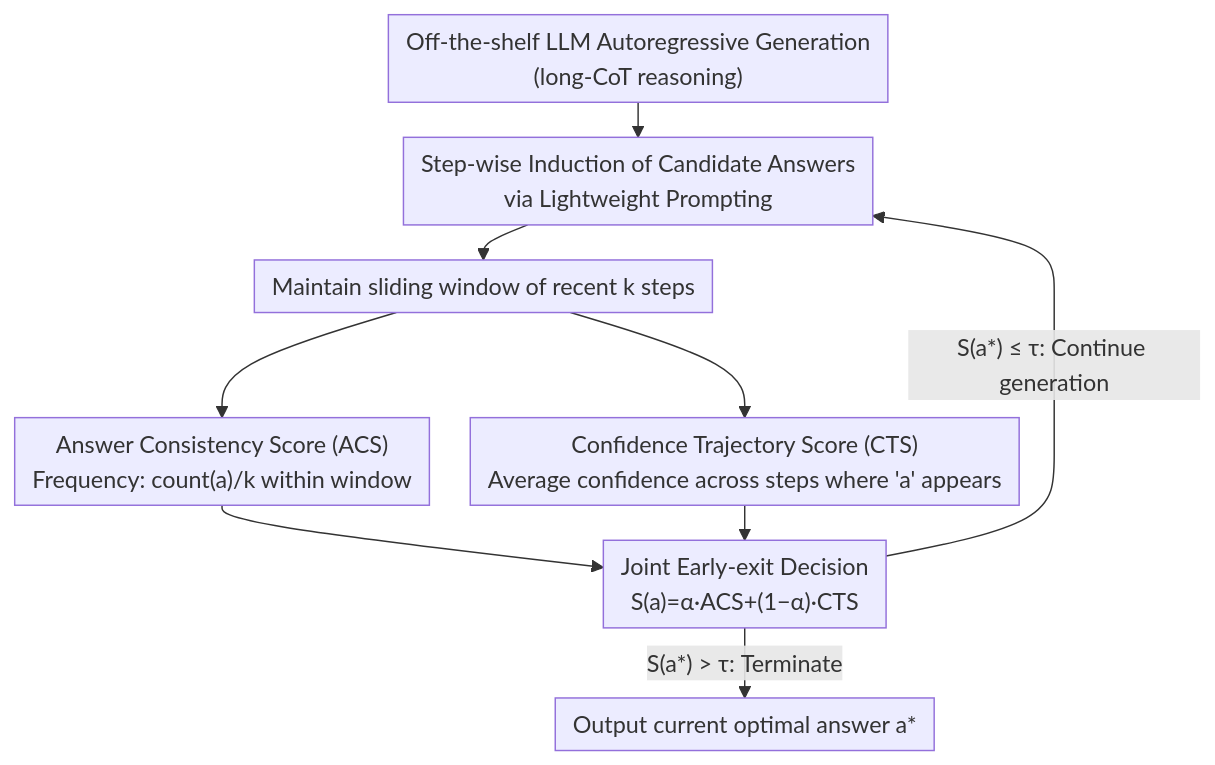
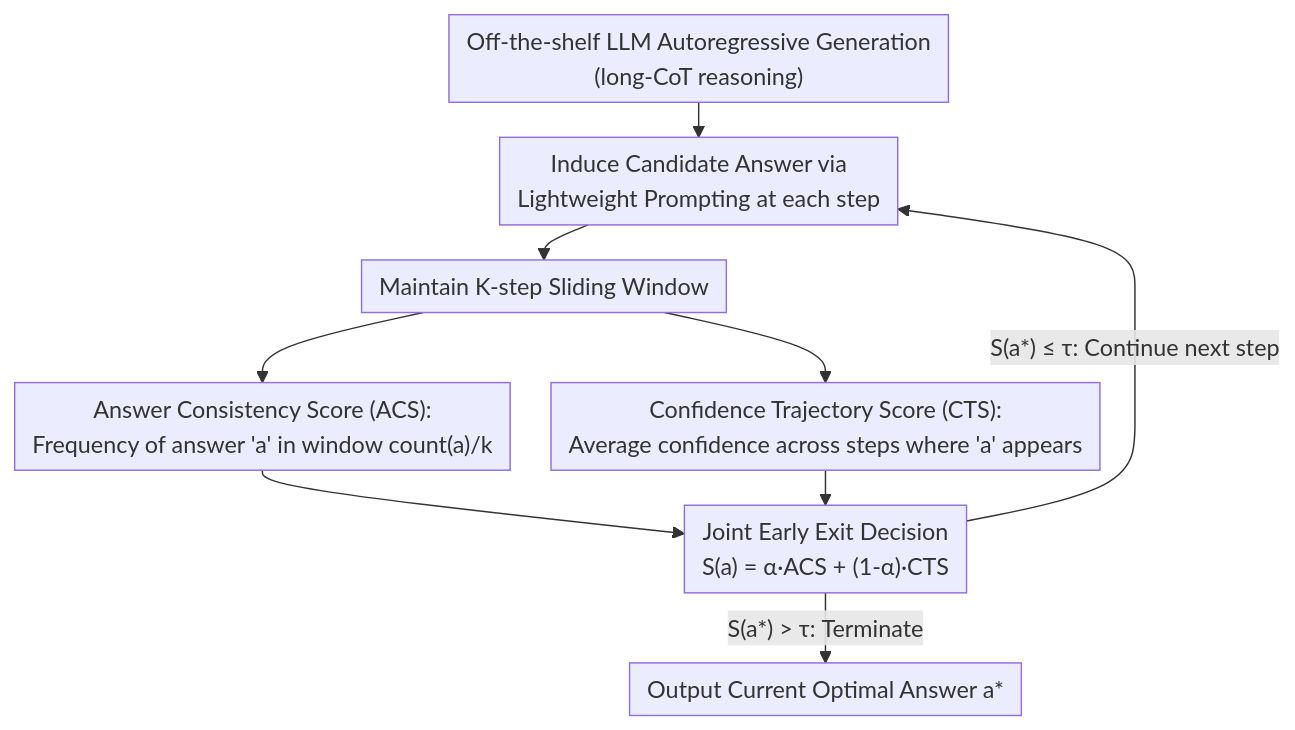
The diagram in docs/ACL2026/llm_reasoning/efficient_test-time_scaling_via_temporal_reasoning_aggregation.md (zhaoyang97/Paper-Notes-en), drawn with Mermaid before and after one commit. The commit also changed other lines of this file and 5084 other files, not shown here.

````diff
--- a/docs/ACL2026/llm_reasoning/efficient_test-time_scaling_via_temporal_reasoning_aggregation.md
+++ b/docs/ACL2026/llm_reasoning/efficient_test-time_scaling_via_temporal_reasoning_aggregation.md
@@ -44,12 +44,12 @@
 ```mermaid
 %%{init: {'flowchart': {'rankSpacing': 24, 'nodeSpacing': 28, 'padding': 6, 'wrappingWidth': 400}}}%%
 flowchart TD
-    A["Off-the-shelf LLM Autoregressive Generation<br/>(long-CoT reasoning)"] --> B["Step-wise Induction of Candidate Answers<br/>via Lightweight Prompting"]
-    B --> C["Maintain sliding window of recent k steps"]
-    C --> D["Answer Consistency Score (ACS)<br/>Frequency: count(a)/k within window"]
-    C --> E["Confidence Trajectory Score (CTS)<br/>Average confidence across steps where 'a' appears"]
-    D --> F["Joint Early-exit Decision<br/>S(a)=α·ACS+(1−α)·CTS"]
+    A["Off-the-shelf LLM Autoregressive Generation<br/>(long-CoT reasoning)"] --> B["Induce Candidate Answer via<br/>Lightweight Prompting at each step"]
+    B --> C["Maintain K-step Sliding Window"]
+    C --> D["Answer Consistency Score (ACS):<br/>Frequency of answer 'a' in window count(a)/k"]
+    C --> E["Confidence Trajectory Score (CTS):<br/>Average confidence across steps where 'a' appears"]
+    D --> F["Joint Early Exit Decision<br/>S(a) = α·ACS + (1-α)·CTS"]
     E --> F
-    F -->|"S(a*) ≤ τ: Continue generation"| B
-    F -->|"S(a*) > τ: Terminate"| G["Output current optimal answer a*"]
+    F -->|"S(a*) ≤ τ: Continue next step"| B
+    F -->|"S(a*) > τ: Terminate"| G["Output Current Optimal Answer a*"]
 ```
````
